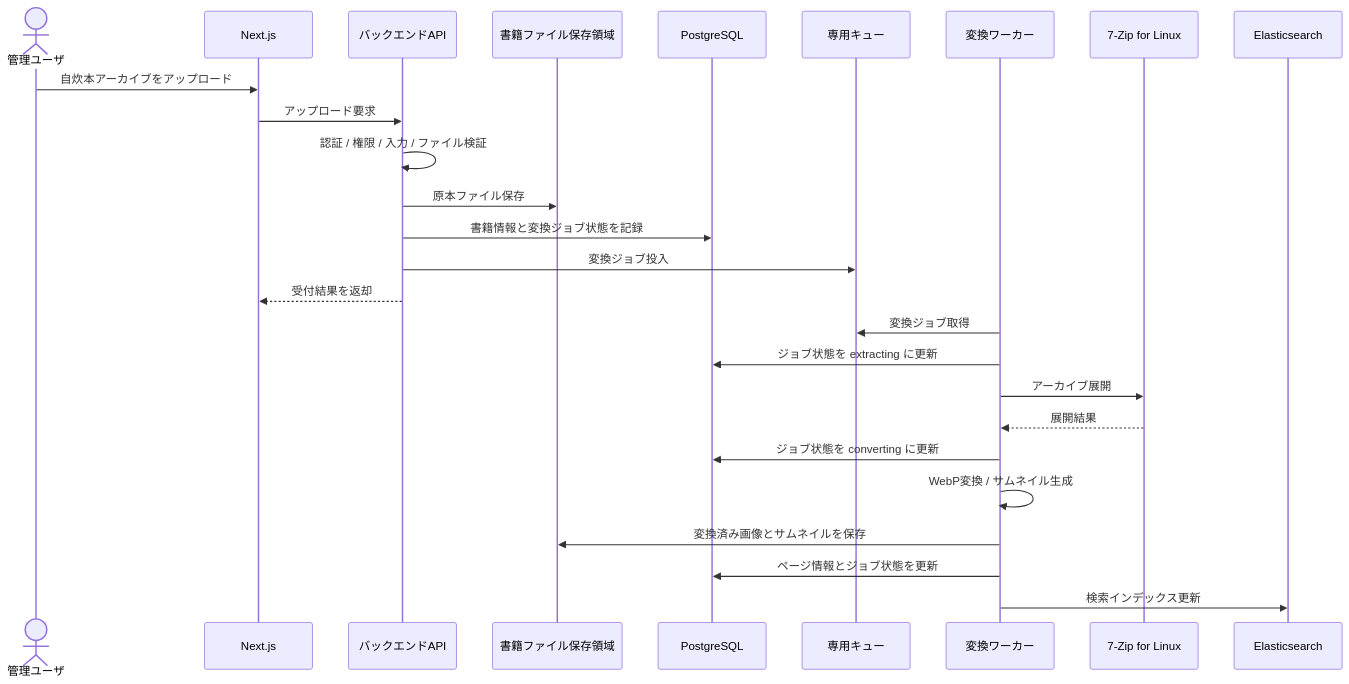
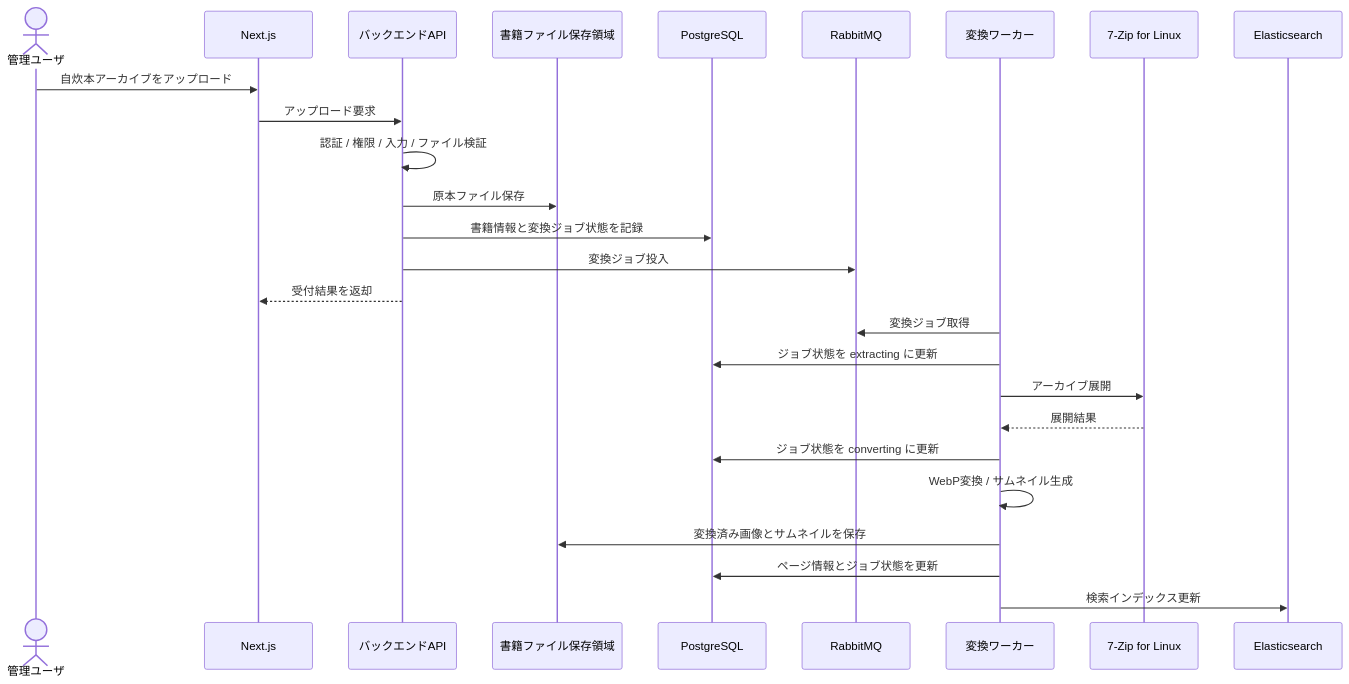
One commit to dommyttdev/book-viewer changed the third of 5 diagrams in doc/03_architecture/01_system_overview.md. Above: the diagram before and after it, drawn with Mermaid. The commit also changed other lines of this file and 30 other files, not shown here.

````diff
--- a/doc/03_architecture/01_system_overview.md
+++ b/doc/03_architecture/01_system_overview.md
@@ -215,30 +215,30 @@
 ```mermaid
 sequenceDiagram
   actor Admin as 管理ユーザ
   participant Frontend as Next.js
   participant API as バックエンドAPI
   participant Storage as 書籍ファイル保存領域
   participant DB as PostgreSQL
-  participant Queue as 専用キュー
+  participant Queue as RabbitMQ
   participant Worker as 変換ワーカー
   participant SevenZip as 7-Zip for Linux
   participant ES as Elasticsearch
 
   Admin->>Frontend: 自炊本アーカイブをアップロード
   Frontend->>API: アップロード要求
   API->>API: 認証 / 権限 / 入力 / ファイル検証
   API->>Storage: 原本ファイル保存
   API->>DB: 書籍情報と変換ジョブ状態を記録
   API->>Queue: 変換ジョブ投入
   API-->>Frontend: 受付結果を返却
 
   Worker->>Queue: 変換ジョブ取得
   Worker->>DB: ジョブ状態を extracting に更新
   Worker->>SevenZip: アーカイブ展開
   SevenZip-->>Worker: 展開結果
   Worker->>DB: ジョブ状態を converting に更新
   Worker->>Worker: WebP変換 / サムネイル生成
   Worker->>Storage: 変換済み画像とサムネイルを保存
   Worker->>DB: ページ情報とジョブ状態を更新
   Worker->>ES: 検索インデックス更新
 ```
````
